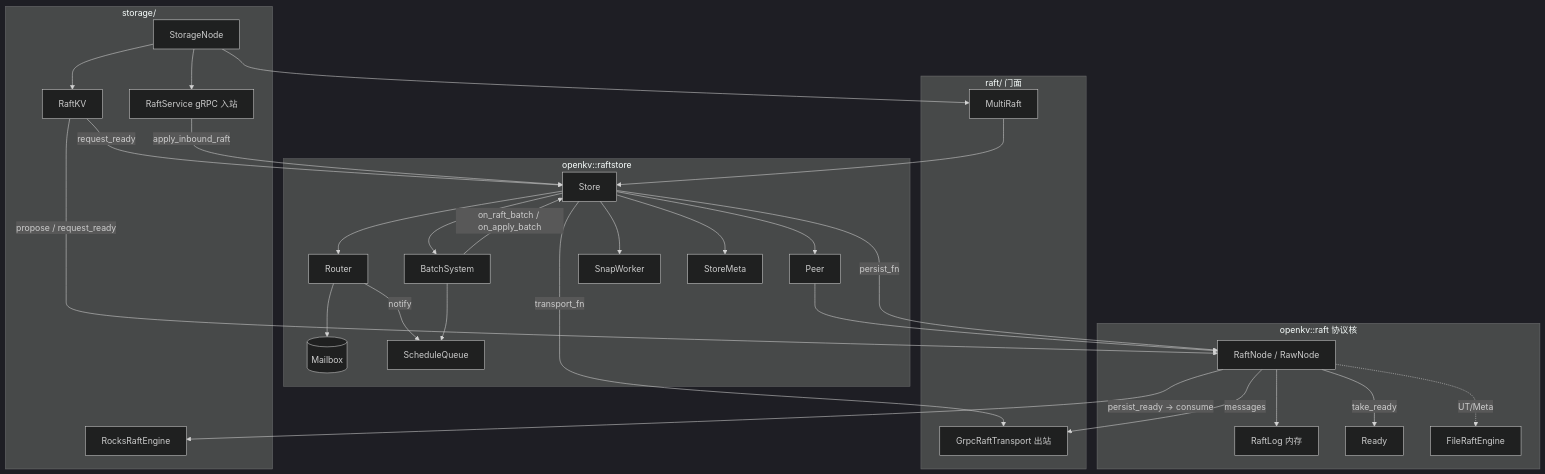
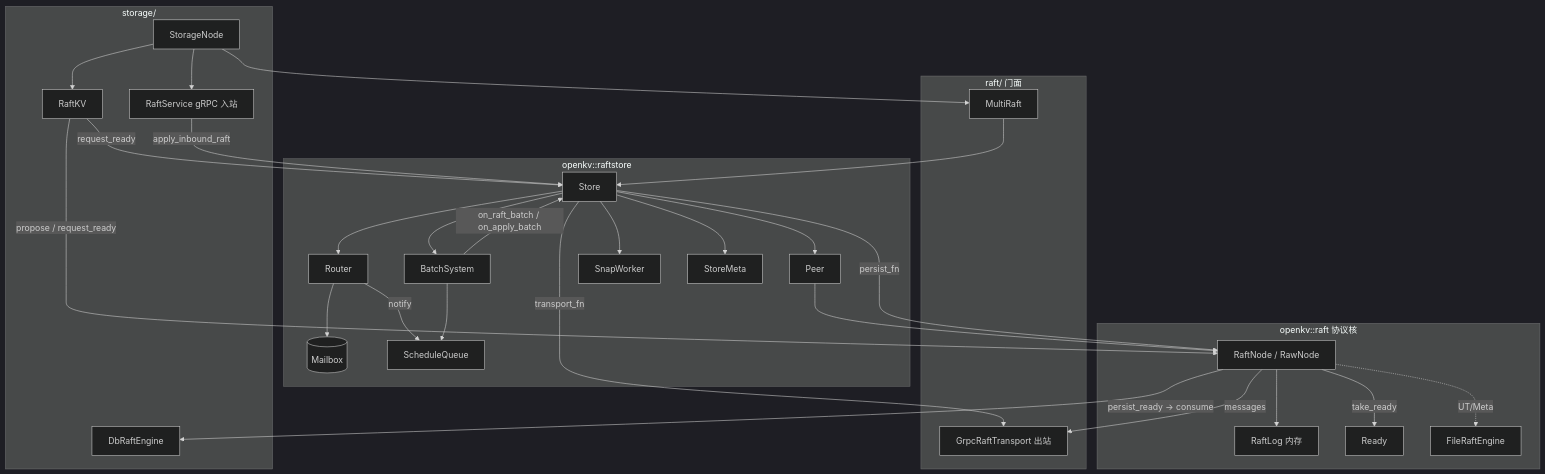
Before and after one commit to devotionalist/openkv: the first of 5 diagrams in docs/flows/35-raft-module-call-flows.md, drawn with Mermaid (dark theme). The commit also changed other lines of this file and 56 other files, not shown here.

````diff
--- a/docs/flows/35-raft-module-call-flows.md
+++ b/docs/flows/35-raft-module-call-flows.md
@@ -17,59 +17,59 @@
 ```mermaid
 flowchart TB
   subgraph storage_layer["storage/"]
     SN[StorageNode]
     RKV[RaftKV]
-    RRE[RocksRaftEngine]
+    RRE[DbRaftEngine]
     RS[RaftService gRPC 入站]
   end
 
   subgraph raft_facade["raft/ 门面"]
     MR[MultiRaft]
     GT[GrpcRaftTransport 出站]
   end
 
   subgraph raftstore["openkv::raftstore"]
     ST[Store]
     RT[Router]
     MB[(Mailbox)]
     SQ[ScheduleQueue]
     BS[BatchSystem]
     PE[Peer]
     SW[SnapWorker]
     SM[StoreMeta]
   end
 
   subgraph protocol["openkv::raft 协议核"]
     RN[RaftNode / RawNode]
     RL[RaftLog 内存]
     RD[Ready]
     FE[FileRaftEngine]
   end
 
   SN --> MR
   SN --> RKV
   SN --> RS
   MR --> ST
   RKV -->|propose / request_ready| RN
   RKV -->|request_ready| ST
   RS -->|apply_inbound_raft| ST
 
   ST --> RT
   ST --> BS
   ST --> PE
   ST --> SW
   ST --> SM
   RT --> MB
   RT -->|notify| SQ
   BS --> SQ
   BS -->|on_raft_batch / on_apply_batch| ST
   PE --> RN
 
   RN --> RL
   RN -->|take_ready| RD
   ST -->|persist_fn| RN
   RN -->|persist_ready → consume| RRE
   RN -.->|UT/Meta| FE
   ST -->|transport_fn| GT
   RN -->|messages| GT
 ```
````
